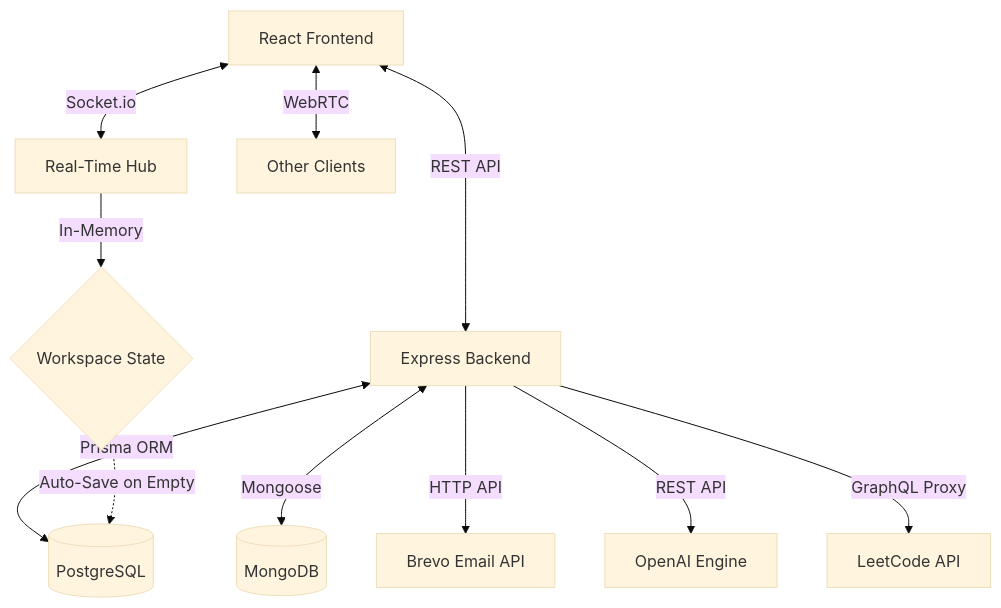
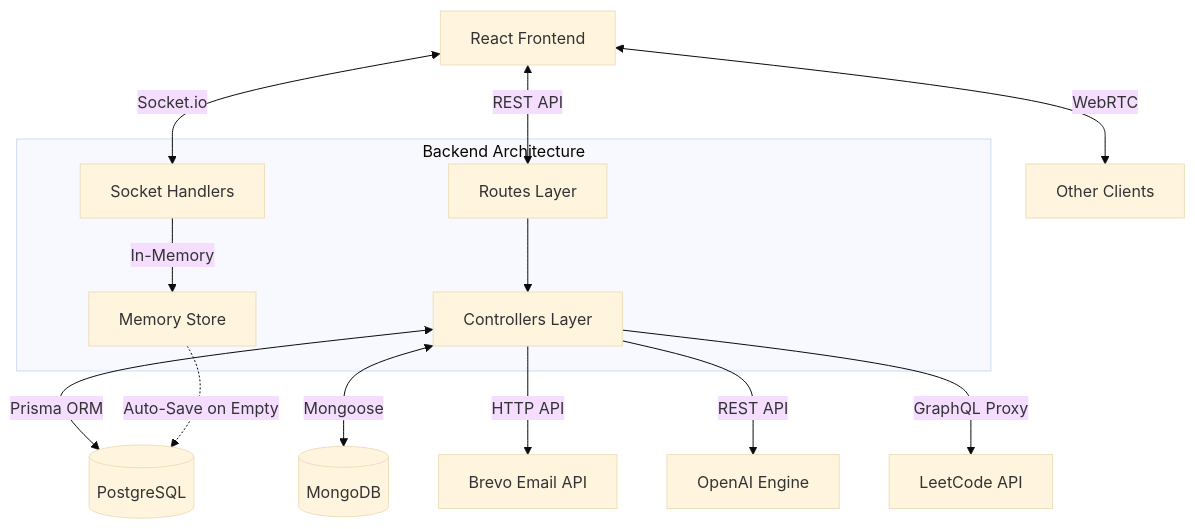
The diagram in README.md (Anuj-pratap-singh-bhadauriya/DevSync-AI), drawn with Mermaid (base theme) before and after one commit. The commit also changed other lines of this file, not shown here.

Commit message:
docs: update README with new production-level backend architecture

````diff
--- a/README.md
+++ b/README.md
@@ -85,16 +85,23 @@
 ```mermaid
 graph TD
-    Client[React Frontend] <-->|REST API| Express[Express Backend]
-    Client <-->|Socket.io| SocketServer[Real-Time Hub]
+    Client[React Frontend] <-->|REST API| Routes[Routes Layer]
+    Client <-->|Socket.io| Sockets[Socket Handlers]
     Client <-->|WebRTC| Peers[Other Clients]
-    
-    Express <-->|Prisma ORM| Postgres[(PostgreSQL)]
-    Express <-->|Mongoose| Mongo[(MongoDB)]
-    
-    Express -->|HTTP API| Brevo[Brevo Email API]
-    Express -->|REST API| OpenAI[OpenAI Engine]
-    Express -->|GraphQL Proxy| LeetCode[LeetCode API]
-    
-    SocketServer -->|In-Memory| ActiveState{Workspace State}
-    ActiveState -.->|Auto-Save on Empty| Postgres
+
+    Routes --> Controllers[Controllers Layer]
+    Controllers <-->|Prisma ORM| Postgres[(PostgreSQL)]
+    Controllers <-->|Mongoose| Mongo[(MongoDB)]
+    Controllers -->|HTTP API| Brevo[Brevo Email API]
+    Controllers -->|REST API| OpenAI[OpenAI Engine]
+    Controllers -->|GraphQL Proxy| LeetCode[LeetCode API]
+
+    Sockets -->|In-Memory| Store[Memory Store]
+    Store -.->|Auto-Save on Empty| Postgres
+
+    subgraph Backend Architecture
+        Routes
+        Controllers
+        Sockets
+        Store
+    end
 ```
````
